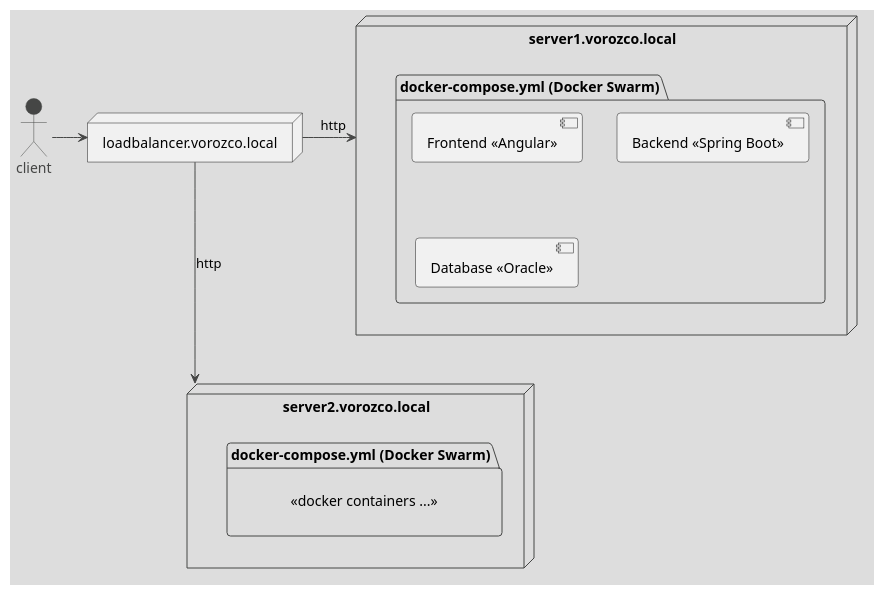
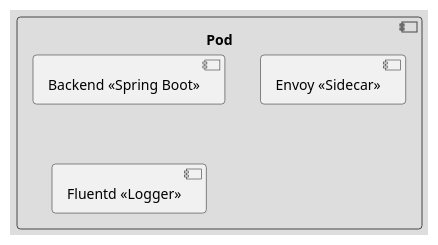
The diagram in diagram.puml (tuxtor/kubernetes-con-dibujitos), drawn with PlantUML before and after one commit.

```diff
--- a/diagram.puml
+++ b/diagram.puml
@@ -1,30 +1,12 @@
 @startuml
 !theme toy
 
-node server1 as  "server1.vorozco.local" {
+    component pod as "Pod"{
+        component backend as "Backend <<Spring Boot>>"
 
-    package compose as "docker-compose.yml (Docker Swarm)"{
-        component container  as "Frontend <<Angular>>"
+        component mesh as "Envoy <<Sidecar>>"
 
-        component containerjava as "Backend <<Spring Boot>>"
+        component other as "Fluentd <<Logger>>"
+    }
 
-        component Database as "Database <<Oracle>>"
-    }
-}
-
-
-node server2 as  "server2.vorozco.local" {
-    package composes as "docker-compose.yml (Docker Swarm)"{
-        label "<<docker containers ...>>"
-    }
-}
-
-node lb as "loadbalancer.vorozco.local"
-
-actor client
-
-lb -right--> server1: http
-lb -down--> server2: http
-
-client -right--> lb
 @enduml
```
